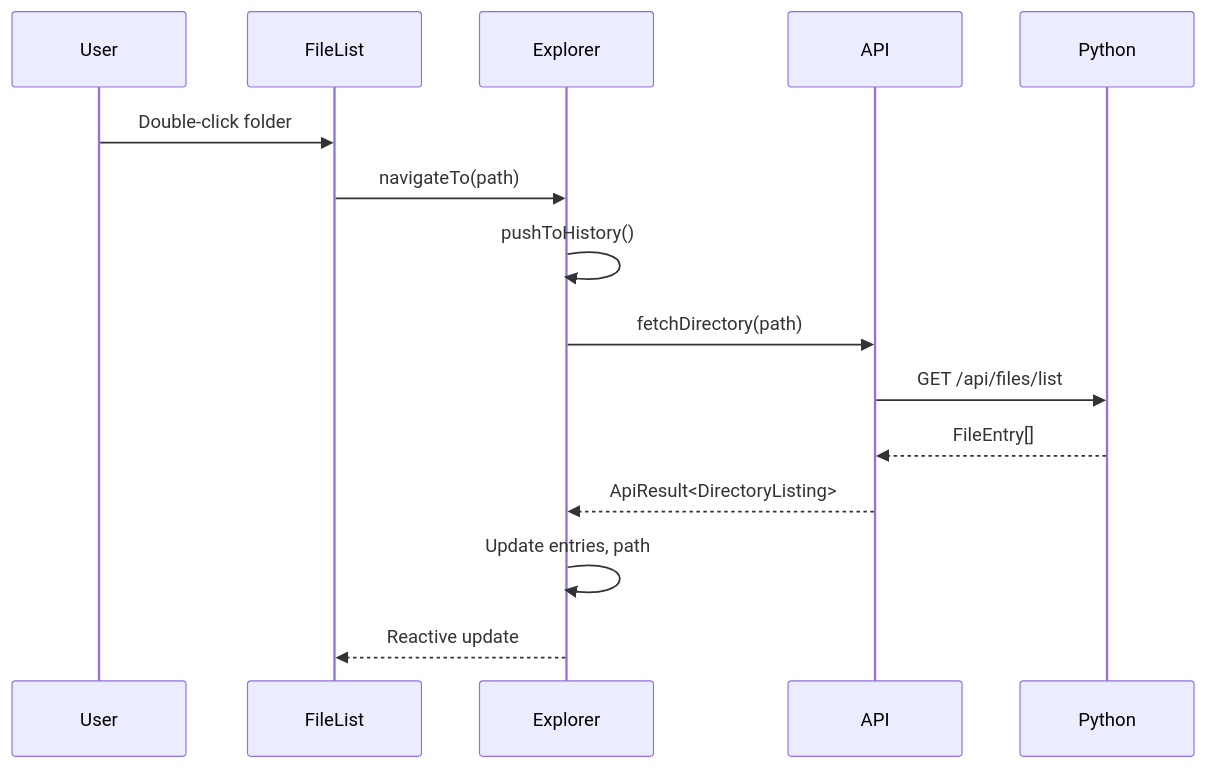
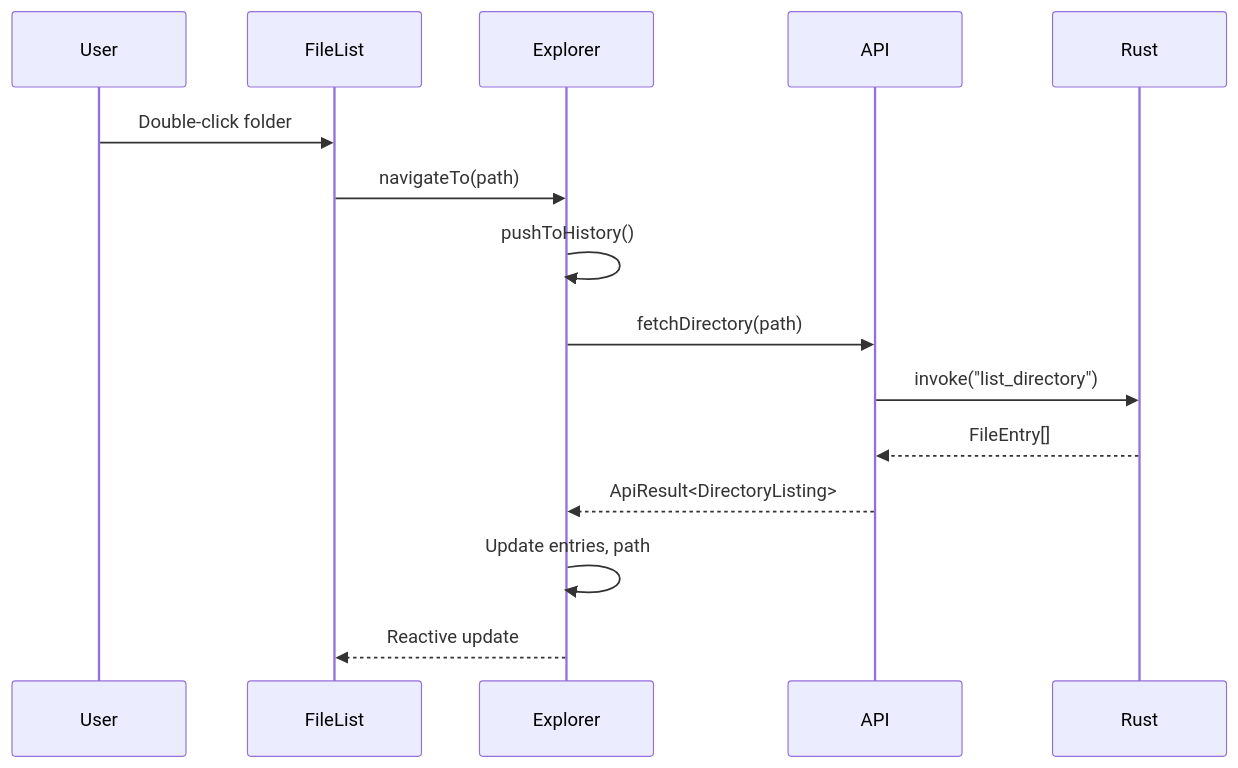
Before and after one commit to xnmp/tauri-explorer: the third of 5 diagrams in docs/CODEBASE_MAP.md, drawn with Mermaid. The commit also changed other lines of this file and 37 other files, not shown here.

First line of the commit message:
Migrate backend from Python FastAPI to Rust Tauri commands

````diff
--- a/docs/CODEBASE_MAP.md
+++ b/docs/CODEBASE_MAP.md
@@ -352,18 +341,18 @@
 ```mermaid
 sequenceDiagram
     participant User
     participant FileList
     participant Explorer
     participant API
-    participant Python
+    participant Rust
 
     User->>FileList: Double-click folder
     FileList->>Explorer: navigateTo(path)
     Explorer->>Explorer: pushToHistory()
     Explorer->>API: fetchDirectory(path)
-    API->>Python: GET /api/files/list
-    Python-->>API: FileEntry[]
+    API->>Rust: invoke("list_directory")
+    Rust-->>API: FileEntry[]
     API-->>Explorer: ApiResult<DirectoryListing>
     Explorer->>Explorer: Update entries, path
     Explorer-->>FileList: Reactive update
 ```
````
